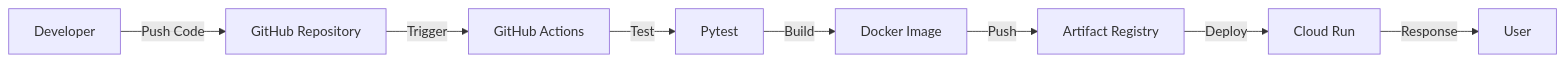
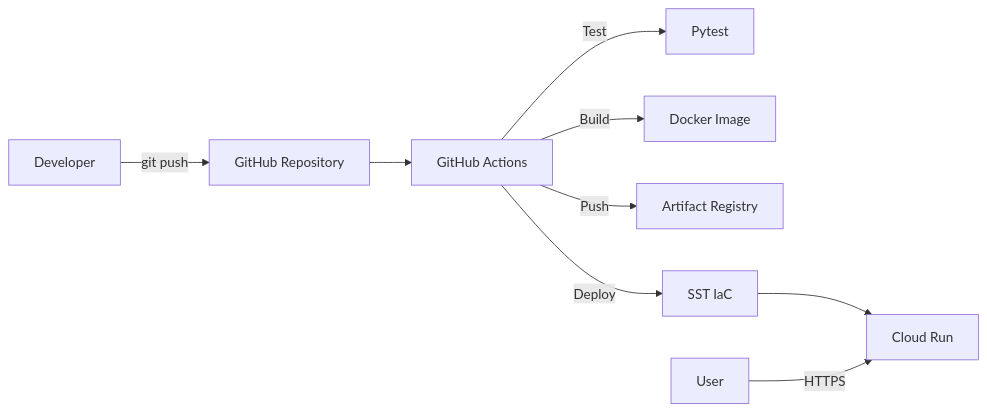
The diagram in README.md (Khanhpro098788/ProjectDeploy), drawn with Mermaid before and after one commit. The commit also changed other lines of this file, not shown here.

````diff
--- a/README.md
+++ b/README.md
@@ -18,10 +25,11 @@
 ```mermaid
 flowchart LR
-    A["Developer"] -->|"Push Code"| B["GitHub Repository"]
-    B -->|"Trigger"| C["GitHub Actions"]
-    C -->|"Test"| D["Pytest"]
-    D -->|"Build"| E["Docker Image"]
-    E -->|"Push"| F["Artifact Registry"]
-    F -->|"Deploy"| G["Cloud Run"]
-    G -->|"Response"| H["User"]
+    Dev["Developer"] -->|git push| Git["GitHub Repository"]
+    Git --> CI["GitHub Actions"]
+    CI -->|Test| Pytest["Pytest"]
+    CI -->|Build| Docker["Docker Image"]
+    CI -->|Push| AR["Artifact Registry"]
+    CI -->|Deploy| SST["SST IaC"]
+    SST --> CR["Cloud Run"]
+    Client["User"] -->|HTTPS| CR
 ```
````
